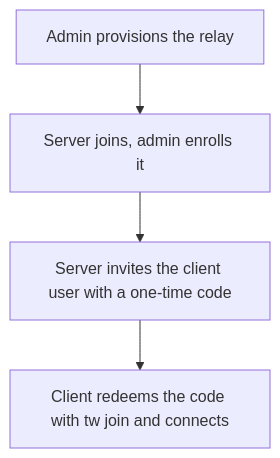
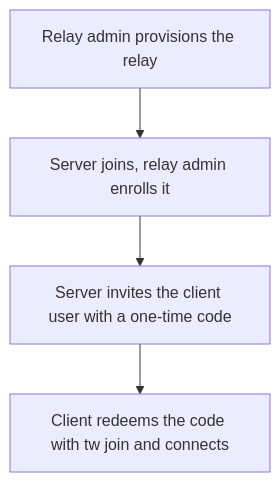
One commit to Tunnel-Whisperer/Tunnel-Whisperer changed the diagram in README.md. Above: the diagram before and after it, drawn with Mermaid. The commit also changed other lines of this file and 30 other files, not shown here.

````diff
--- a/README.md
+++ b/README.md
@@ -118,8 +118,8 @@
 ```mermaid
 flowchart TD
-    S1["Admin provisions the relay"]
-    S2["Server joins, admin enrolls it"]
+    S1["Relay admin provisions the relay"]
+    S2["Server joins, relay admin enrolls it"]
     S3["Server invites the client user with a one-time code"]
     S4["Client redeems the code with tw join and connects"]
     S1 --> S2 --> S3 --> S4
 ```
````
